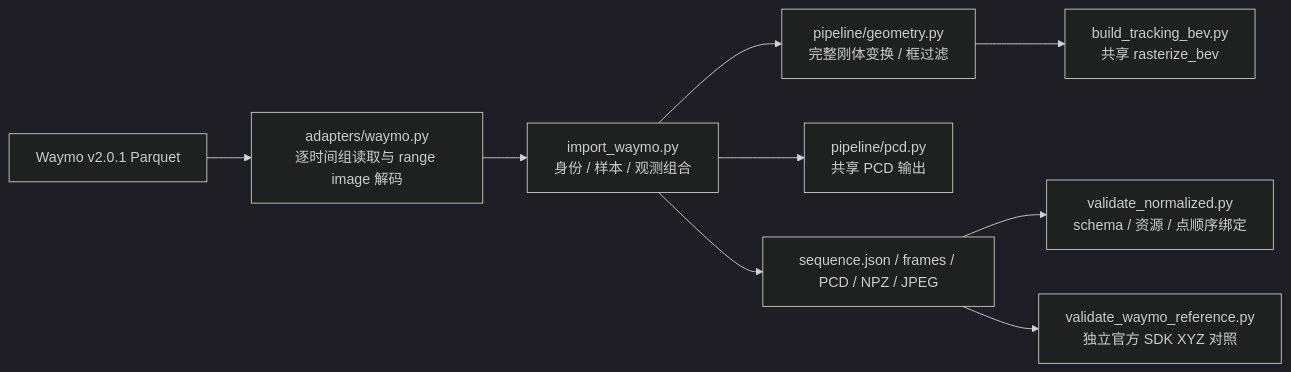
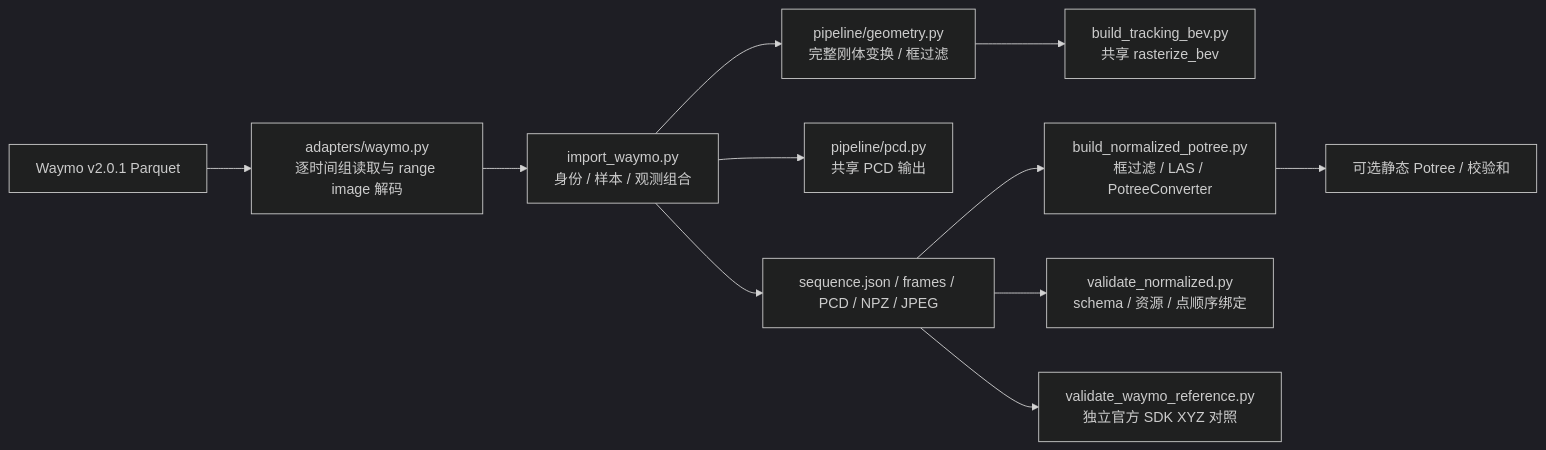
The diagram in docs/normalized-data.md (label4d/label4d), drawn with Mermaid (dark theme) before and after one commit. The commit also changed other lines of this file and 12 other files, not shown here.

Commit message:
feat(data): build and browse normalized static Potree overlays

````diff
--- a/docs/normalized-data.md
+++ b/docs/normalized-data.md
@@ -9,11 +9,13 @@
 ```mermaid
 flowchart LR
   raw[Waymo v2.0.1 Parquet] --> reader[adapters/waymo.py<br/>逐时间组读取与 range image 解码]
   reader --> cli[import_waymo.py<br/>身份 / 样本 / 观测组合]
   cli --> geometry[pipeline/geometry.py<br/>完整刚体变换 / 框过滤]
   cli --> pcd[pipeline/pcd.py<br/>共享 PCD 输出]
   geometry --> bev[build_tracking_bev.py<br/>共享 rasterize_bev]
   cli --> normalized[sequence.json / frames / PCD / NPZ / JPEG]
+  normalized --> static[build_normalized_potree.py<br/>框过滤 / LAS / PotreeConverter]
+  static --> potree[可选静态 Potree / 校验和]
   normalized --> validator[validate_normalized.py<br/>schema / 资源 / 点顺序绑定]
   normalized --> reference[validate_waymo_reference.py<br/>独立官方 SDK XYZ 对照]
 ```
````
